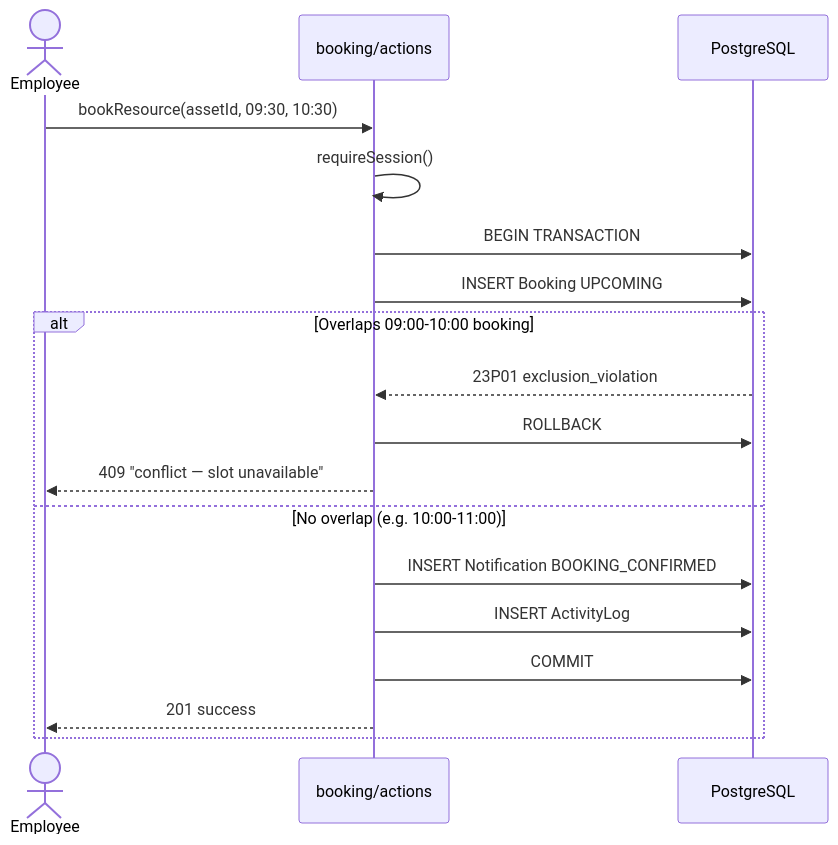
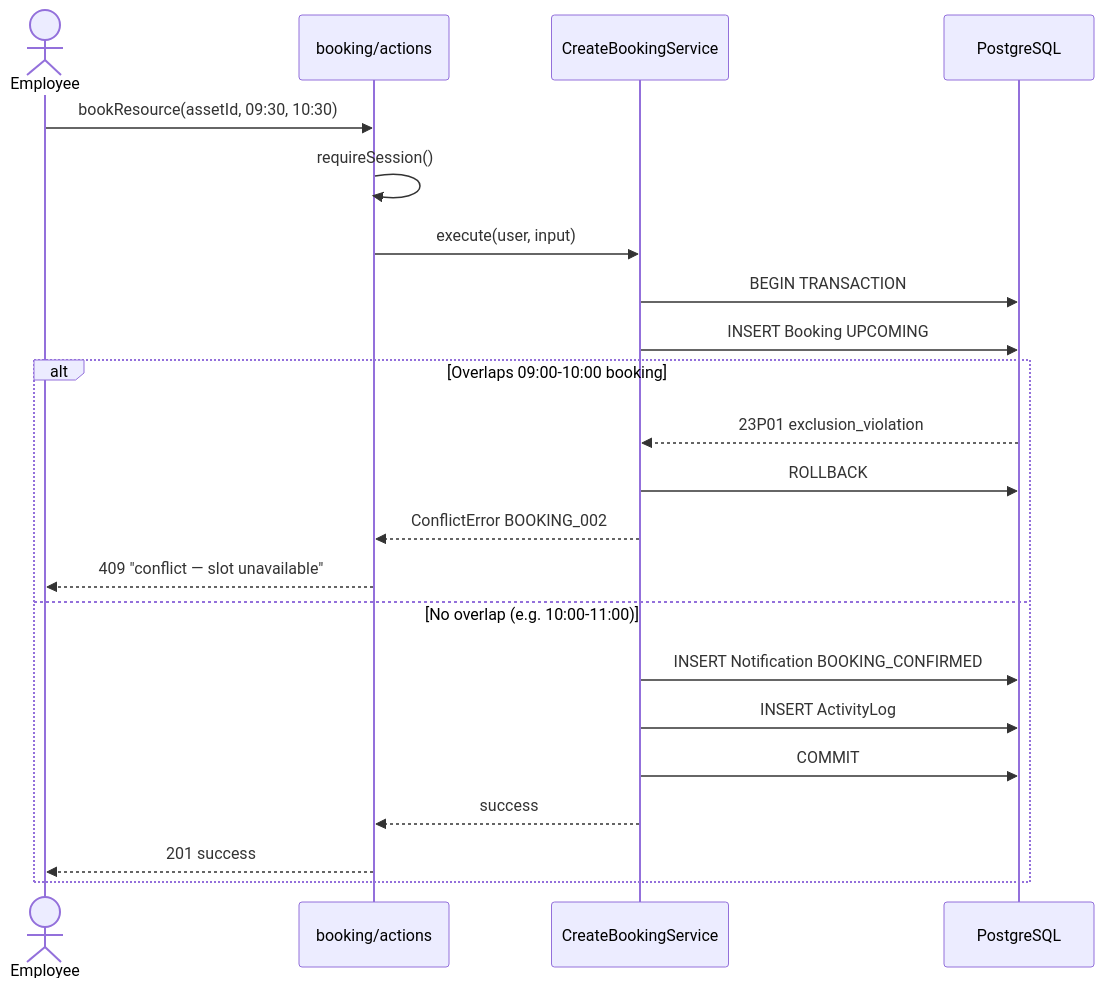
The fourth of 8 diagrams in docs/lld.md (Shivayaagrawal/assetflow), drawn with Mermaid before and after one commit. The commit also changed other lines of this file and 9 other files, not shown here.

First line of the commit message:
docs(shared): align HLD/LLD with frozen modules architecture

````diff
--- a/docs/lld.md
+++ b/docs/lld.md
@@ -305,22 +344,26 @@
 ```mermaid
 sequenceDiagram
   actor Emp as Employee
   participant Action as booking/actions
+  participant Service as CreateBookingService
   participant DB as PostgreSQL
 
   Emp->>Action: bookResource(assetId, 09:30, 10:30)
   Action->>Action: requireSession()
-  Action->>DB: BEGIN TRANSACTION
-  Action->>DB: INSERT Booking UPCOMING
+  Action->>Service: execute(user, input)
+  Service->>DB: BEGIN TRANSACTION
+  Service->>DB: INSERT Booking UPCOMING
 
   alt Overlaps 09:00-10:00 booking
-    DB-->>Action: 23P01 exclusion_violation
-    Action->>DB: ROLLBACK
+    DB-->>Service: 23P01 exclusion_violation
+    Service->>DB: ROLLBACK
+    Service-->>Action: ConflictError BOOKING_002
     Action-->>Emp: 409 "conflict — slot unavailable"
   else No overlap (e.g. 10:00-11:00)
-    Action->>DB: INSERT Notification BOOKING_CONFIRMED
-    Action->>DB: INSERT ActivityLog
-    Action->>DB: COMMIT
+    Service->>DB: INSERT Notification BOOKING_CONFIRMED
+    Service->>DB: INSERT ActivityLog
+    Service->>DB: COMMIT
+    Service-->>Action: success
     Action-->>Emp: 201 success
   end
 ```
````
